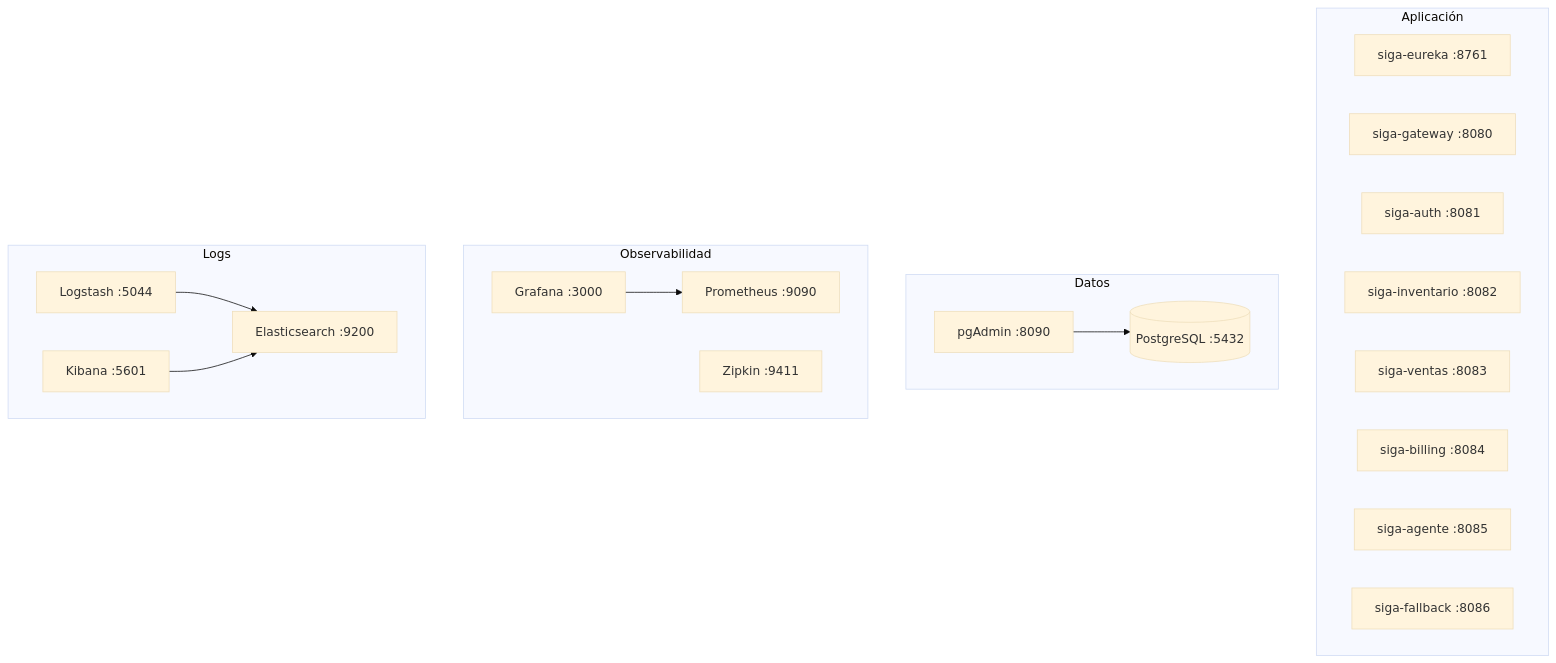
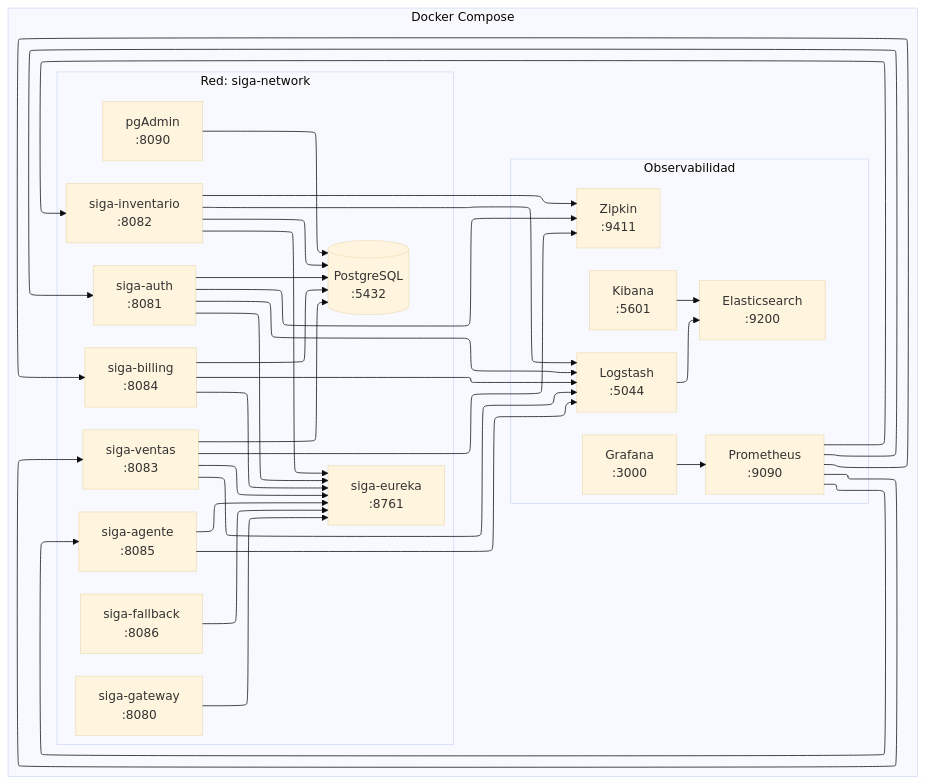
The fifth of 7 diagrams in openspec/changes/migracion-microservicios/architecture-diagrams.md (HecAguilaV/SIGA), drawn with Mermaid (base theme) before and after one commit. The commit also changed other lines of this file, not shown here.

Commit message:
docs: mejorar renderizado de diagramas Mermaid con ELK para líneas rectas

````diff
--- a/openspec/changes/migracion-microservicios/architecture-diagrams.md
+++ b/openspec/changes/migracion-microservicios/architecture-diagrams.md
@@ -193,35 +186,62 @@
 ```mermaid
-graph TD
-    subgraph Aplicación
-        EU["siga-eureka :8761"]
-        GW["siga-gateway :8080"]
-        AU["siga-auth :8081"]
-        IN["siga-inventario :8082"]
-        VE["siga-ventas :8083"]
-        BI["siga-billing :8084"]
-        AG["siga-agente :8085"]
-        FB["siga-fallback :8086"]
+%%{init: {"flowchart": {"defaultRenderer": "elk"}}}%%
+flowchart LR
+    subgraph Docker["Docker Compose"]
+        subgraph Red["Red: siga-network"]
+            EU["siga-eureka<br/>:8761"]
+            GW["siga-gateway<br/>:8080"]
+
+            AU["siga-auth<br/>:8081"]
+            IN["siga-inventario<br/>:8082"]
+            VE["siga-ventas<br/>:8083"]
+            BI["siga-billing<br/>:8084"]
+            AG["siga-agente<br/>:8085"]
+            FB["siga-fallback<br/>:8086"]
+
+            DB[("PostgreSQL<br/>:5432")]
+            PA["pgAdmin<br/>:8090"]
+        end
+
+        subgraph Observabilidad["Observabilidad"]
+            PR["Prometheus<br/>:9090"]
+            GR["Grafana<br/>:3000"]
+            ES["Elasticsearch<br/>:9200"]
+            LS["Logstash<br/>:5044"]
+            KI["Kibana<br/>:5601"]
+            ZI["Zipkin<br/>:9411"]
+        end
     end
 
-    subgraph Datos
-        DB[("PostgreSQL :5432")]
-        PA["pgAdmin :8090"]
-    end
+    GW --> EU
+    AU --> EU
+    IN --> EU
+    VE --> EU
+    BI --> EU
+    AG --> EU
+    FB --> EU
 
-    subgraph Observabilidad
-        PR["Prometheus :9090"]
-        GR["Grafana :3000"]
-        ZI["Zipkin :9411"]
-    end
+    AU --> DB
+    IN --> DB
+    VE --> DB
+    BI --> DB
+    PA --> DB
 
-    subgraph Logs
-        LS["Logstash :5044"]
-        ES["Elasticsearch :9200"]
-        KI["Kibana :5601"]
-    end
+    PR --> AU
+    PR --> IN
+    PR --> VE
+    PR --> BI
+    PR --> AG
+    GR --> PR
 
-    PA --> DB
-    GR --> PR
+    AU --> LS
+    IN --> LS
+    VE --> LS
+    BI --> LS
+    AG --> LS
     LS --> ES
     KI --> ES
+
+    AU --> ZI
+    IN --> ZI
+    VE --> ZI
 ```
````
